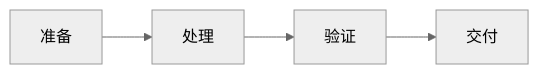
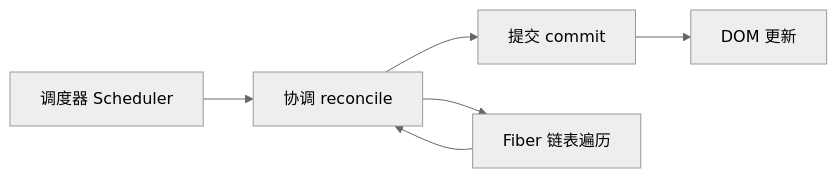
The diagram in articles/React/chapters/006-React基础的常见问题与解决方案.md (yanggan2015/knowledge-json-v2), drawn with Mermaid (neutral theme) before and after one commit. The commit also changed other lines of this file and 10127 other files, not shown here.

````diff
--- a/articles/React/chapters/006-React基础的常见问题与解决方案.md
+++ b/articles/React/chapters/006-React基础的常见问题与解决方案.md
@@ -45,10 +34,8 @@
 ```mermaid
 flowchart LR
-    S0[准备]
-    S1[处理]
-    S2[验证]
-    S3[交付]
-    S0 --> S1
-    S1 --> S2
-    S2 --> S3
+    A[调度器 Scheduler] --> B[协调 reconcile]
+    B --> C[提交 commit]
+    C --> D[DOM 更新]
+    B --> E[Fiber 链表遍历]
+    E --> B
 ```
````
